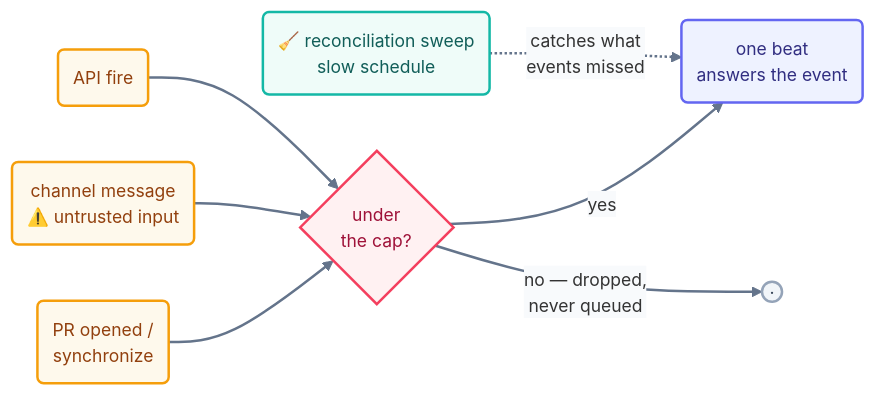
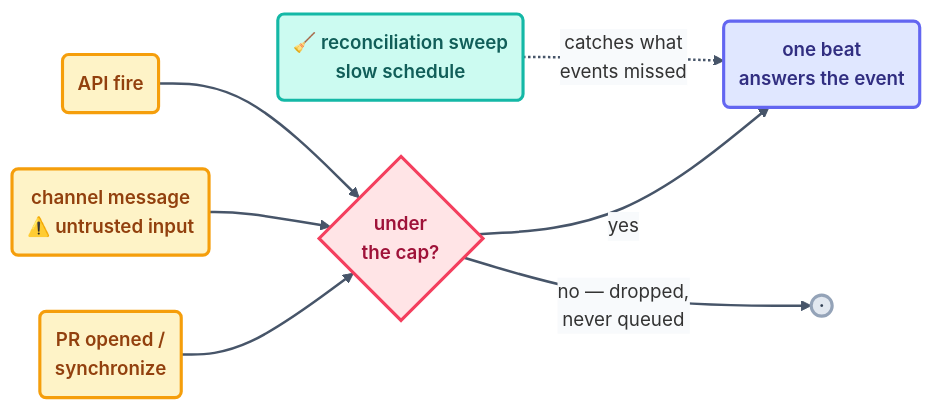
The diagram in docs/04-part-2-heartbeat/07-event-driven.md (ayeshakhalid192007-dev/LoopEngineering-CrashCourse), drawn with Mermaid before and after one commit. The commit also changed 66 other files, not shown here.

First line of the commit message:
docs(diagrams): visibly bolder pass — deeper fills, heavier strokes, semibold labels

````diff
--- a/docs/04-part-2-heartbeat/07-event-driven.md
+++ b/docs/04-part-2-heartbeat/07-event-driven.md
@@ -32,16 +32,16 @@
 ```mermaid
-%%{init: {'theme':'base','themeVariables':{'fontFamily':'ui-sans-serif, system-ui, sans-serif','fontSize':'14px','lineColor':'#64748b','edgeLabelBackground':'#f8fafc'},'flowchart':{'curve':'basis','nodeSpacing':45,'rankSpacing':55,'padding':12}}}%%
+%%{init: {'theme':'base','themeVariables':{'fontFamily':'ui-sans-serif, system-ui, sans-serif','fontSize':'15px','lineColor':'#475569','edgeLabelBackground':'#f8fafc'},'flowchart':{'curve':'basis','nodeSpacing':45,'rankSpacing':55,'padding':12}}}%%
 flowchart LR
     E1("PR opened /<br/>synchronize"):::time --> G{"under<br/>the cap?"}:::limit
     E2("channel message<br/>⚠️ untrusted input"):::time --> G
     E3("API fire"):::time --> G
     G -->|yes| B("one beat<br/>answers the event"):::beat
     G -->|"no — dropped,<br/>never queued"| X(("·")):::ghost
     SW("🧹 reconciliation sweep<br/>slow schedule"):::check -.->|"catches what<br/>events missed"| B
-    linkStyle default stroke:#64748b,stroke-width:2px;
-    classDef time fill:#fef9ec,stroke:#f59e0b,stroke-width:2px,color:#92400e;
-    classDef beat fill:#eef2ff,stroke:#6366f1,stroke-width:2px,color:#312e81;
-    classDef limit fill:#fff1f2,stroke:#f43f5e,stroke-width:2px,color:#9f1239;
-    classDef check fill:#effcf9,stroke:#14b8a6,stroke-width:2px,color:#115e59;
-    classDef ghost fill:#f1f5f9,stroke:#94a3b8,stroke-width:2px,color:#334155;
+    linkStyle default stroke:#475569,stroke-width:2px;
+    classDef time fill:#fef3c7,stroke:#f59e0b,stroke-width:2.5px,color:#92400e,font-weight:600;
+    classDef beat fill:#e0e7ff,stroke:#6366f1,stroke-width:2.5px,color:#312e81,font-weight:600;
+    classDef limit fill:#ffe4e6,stroke:#f43f5e,stroke-width:2.5px,color:#9f1239,font-weight:600;
+    classDef check fill:#ccfbf1,stroke:#14b8a6,stroke-width:2.5px,color:#115e59,font-weight:600;
+    classDef ghost fill:#e2e8f0,stroke:#94a3b8,stroke-width:2.5px,color:#334155,font-weight:600;
 ```
````
